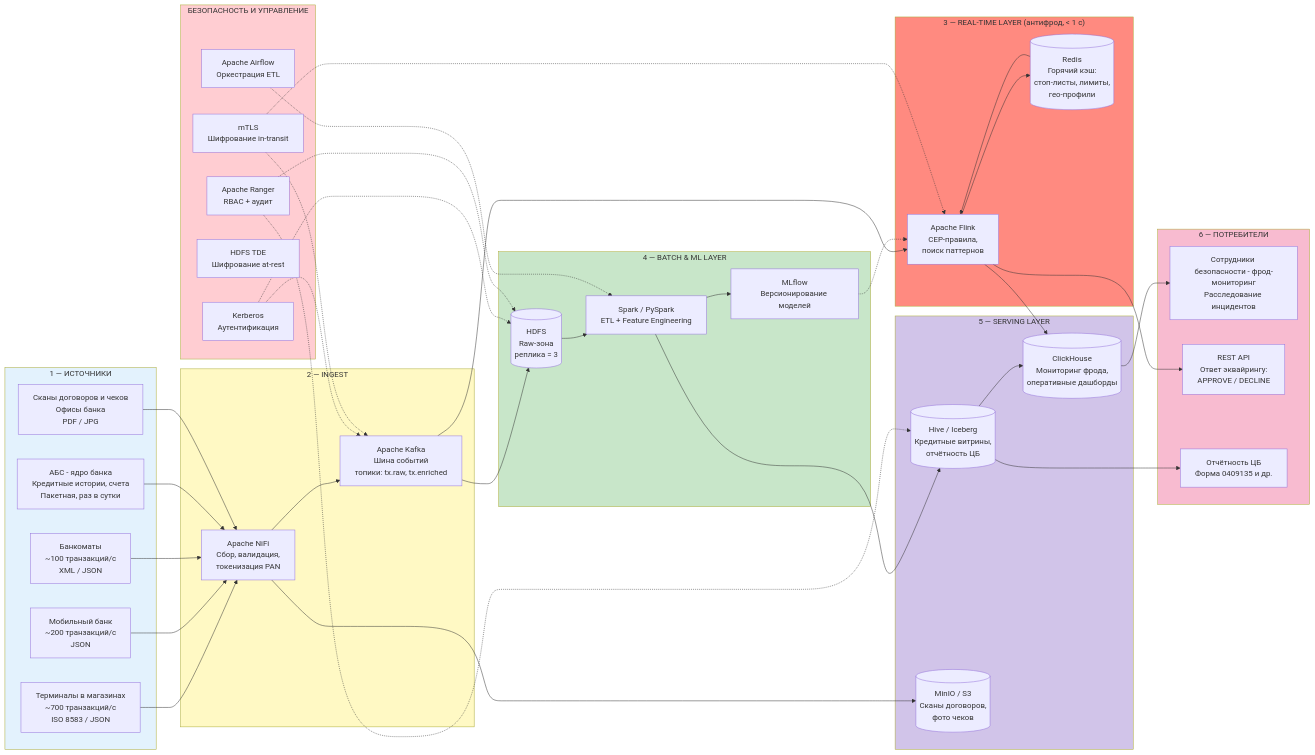
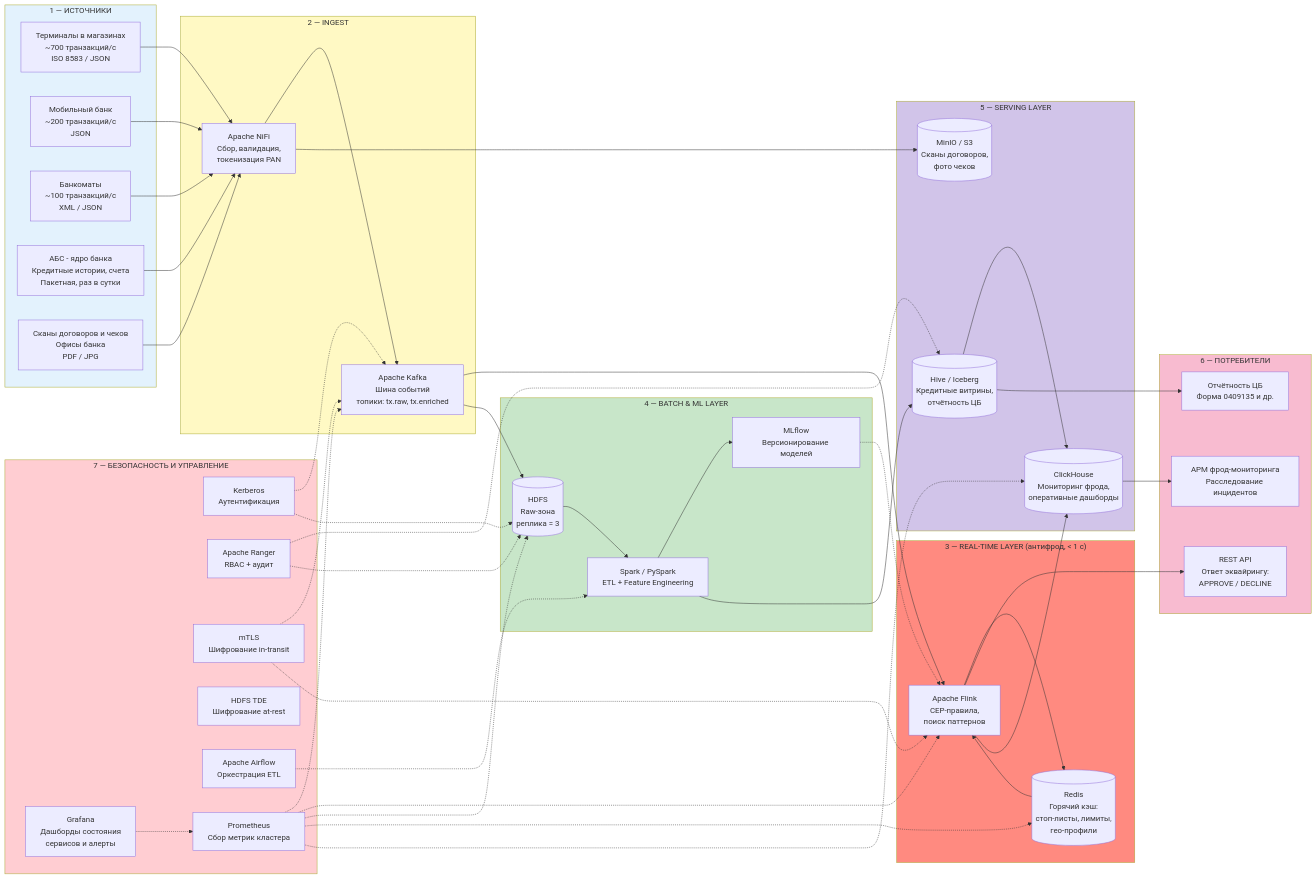
Before and after one commit to AlinaSabitova/Gos_examine: the diagram in archirecture/var2.md, drawn with Mermaid.

```diff
--- a/archirecture/var2.md
+++ b/archirecture/var2.md
@@ -162,17 +162,19 @@
     end
 
     subgraph CONS["6 — ПОТРЕБИТЕЛИ"]
-        FRAUD[Сотрудники безопасности - фрод-мониторинг<br/>Расследование инцидентов]
+        FRAUD[АРМ фрод-мониторинга<br/>Расследование инцидентов]
         API[REST API<br/>Ответ эквайрингу:<br/>APPROVE / DECLINE]
         CBR[Отчётность ЦБ<br/>Форма 0409135 и др.]
     end
 
-    subgraph SEC["БЕЗОПАСНОСТЬ И УПРАВЛЕНИЕ"]
+    subgraph SEC["7 — БЕЗОПАСНОСТЬ И УПРАВЛЕНИЕ"]
         KERB[Kerberos<br/>Аутентификация]
         RANGER[Apache Ranger<br/>RBAC + аудит]
         MTLS[mTLS<br/>Шифрование in-transit]
         TDE[HDFS TDE<br/>Шифрование at-rest]
         AIRFLOW[Apache Airflow<br/>Оркестрация ETL]
+        PROM[Prometheus<br/>Сбор метрик кластера]
+        GRAF[Grafana<br/>Дашборды состояния<br/>сервисов и алерты]
     end
 
     TERM --> NIFI
@@ -203,6 +205,13 @@
     CH --> FRAUD
     HIVE --> CBR
 
+    PROM -.-> KAFKA
+    PROM -.-> FLINK
+    PROM -.-> HDFS
+    PROM -.-> REDIS
+    PROM -.-> CH
+    GRAF -.-> PROM
+
     KERB -.-> KAFKA
     KERB -.-> HDFS
     RANGER -.-> HIVE
```
